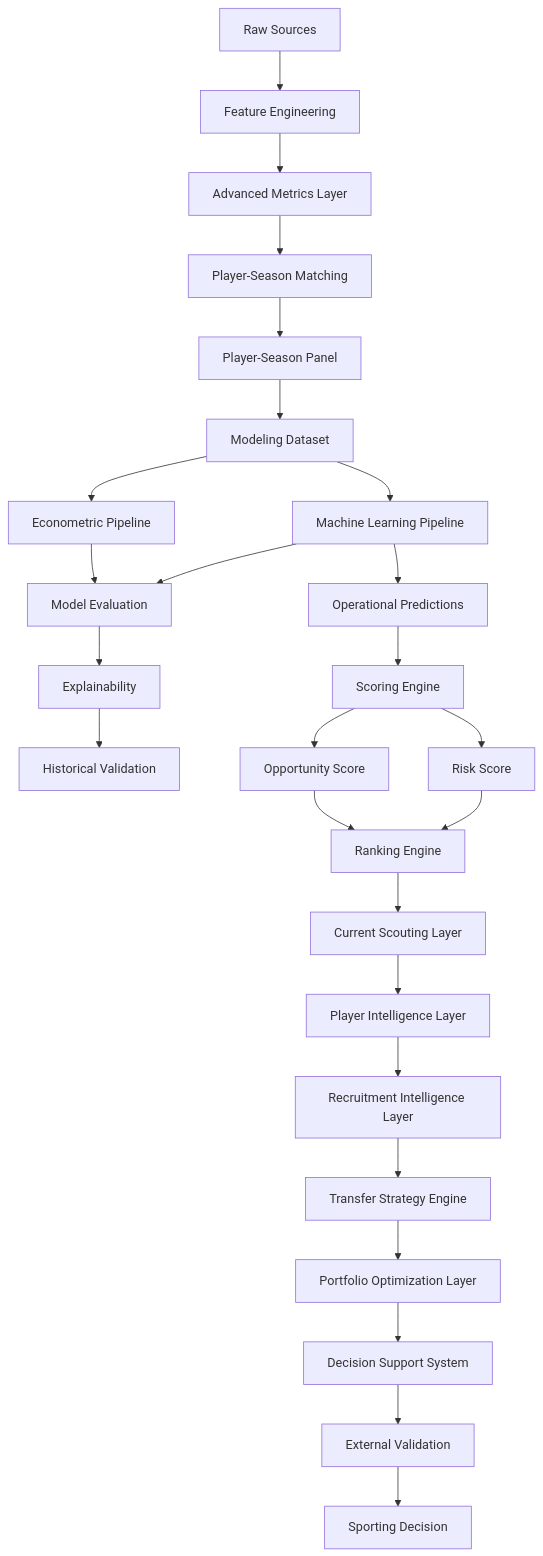
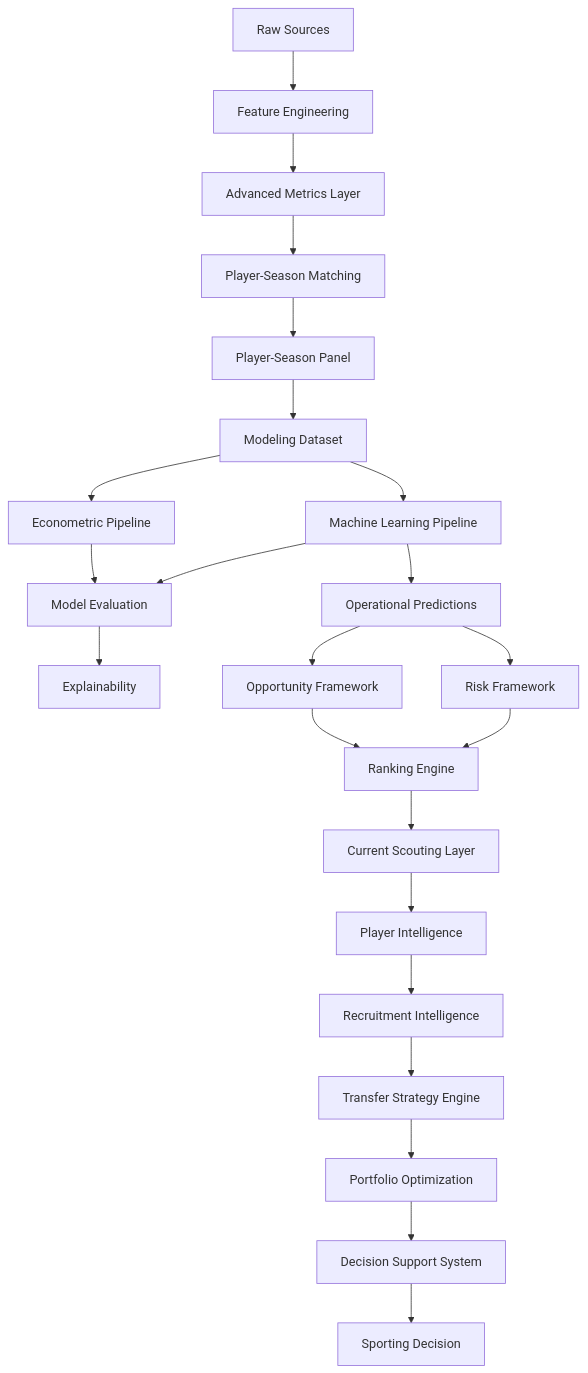
One commit to manuelpeba/market-value-football-tfm changed the diagram in docs/architecture.md. Above: the diagram before and after it, drawn with Mermaid. The commit also changed other lines of this file and 8 other files, not shown here.

Commit message:
docs: complete Sprint 14 Transfer Strategy Engine documentation

````diff
--- a/docs/architecture.md
+++ b/docs/architecture.md
@@ -71,50 +83,44 @@
 ```mermaid
 flowchart TD
 
 A[Raw Sources]
 --> B[Feature Engineering]
 
 B --> C[Advanced Metrics Layer]
 
 C --> D[Player-Season Matching]
 
 D --> E[Player-Season Panel]
 
 E --> F[Modeling Dataset]
 
 F --> G[Econometric Pipeline]
 F --> H[Machine Learning Pipeline]
 
 G --> I[Model Evaluation]
 H --> I
 
 I --> J[Explainability]
 
-J --> K[Historical Validation]
+H --> K[Operational Predictions]
 
-H --> L[Operational Predictions]
+K --> L[Opportunity Framework]
+K --> M[Risk Framework]
 
-L --> M[Scoring Engine]
+L --> N[Ranking Engine]
+M --> N
 
-M --> N[Opportunity Score]
-M --> O[Risk Score]
+N --> O[Current Scouting Layer]
 
-N --> P[Ranking Engine]
-O --> P
+O --> P[Player Intelligence]
 
-P --> Q[Current Scouting Layer]
+P --> Q[Recruitment Intelligence]
 
-Q --> R[Player Intelligence Layer]
+Q --> R[Transfer Strategy Engine]
 
-R --> S[Recruitment Intelligence Layer]
+R --> S[Portfolio Optimization]
 
-S --> T[Transfer Strategy Engine]
+S --> T[Decision Support System]
 
-T --> U[Portfolio Optimization Layer]
-
-U --> V[Decision Support System]
-
-V --> W[External Validation]
-
-W --> X[Sporting Decision]
+T --> U[Sporting Decision]
 ```
````
